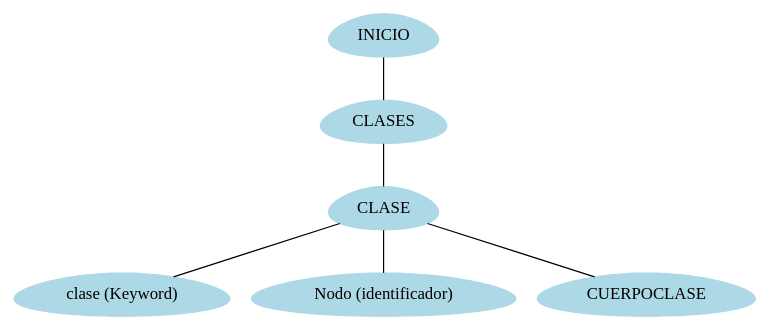
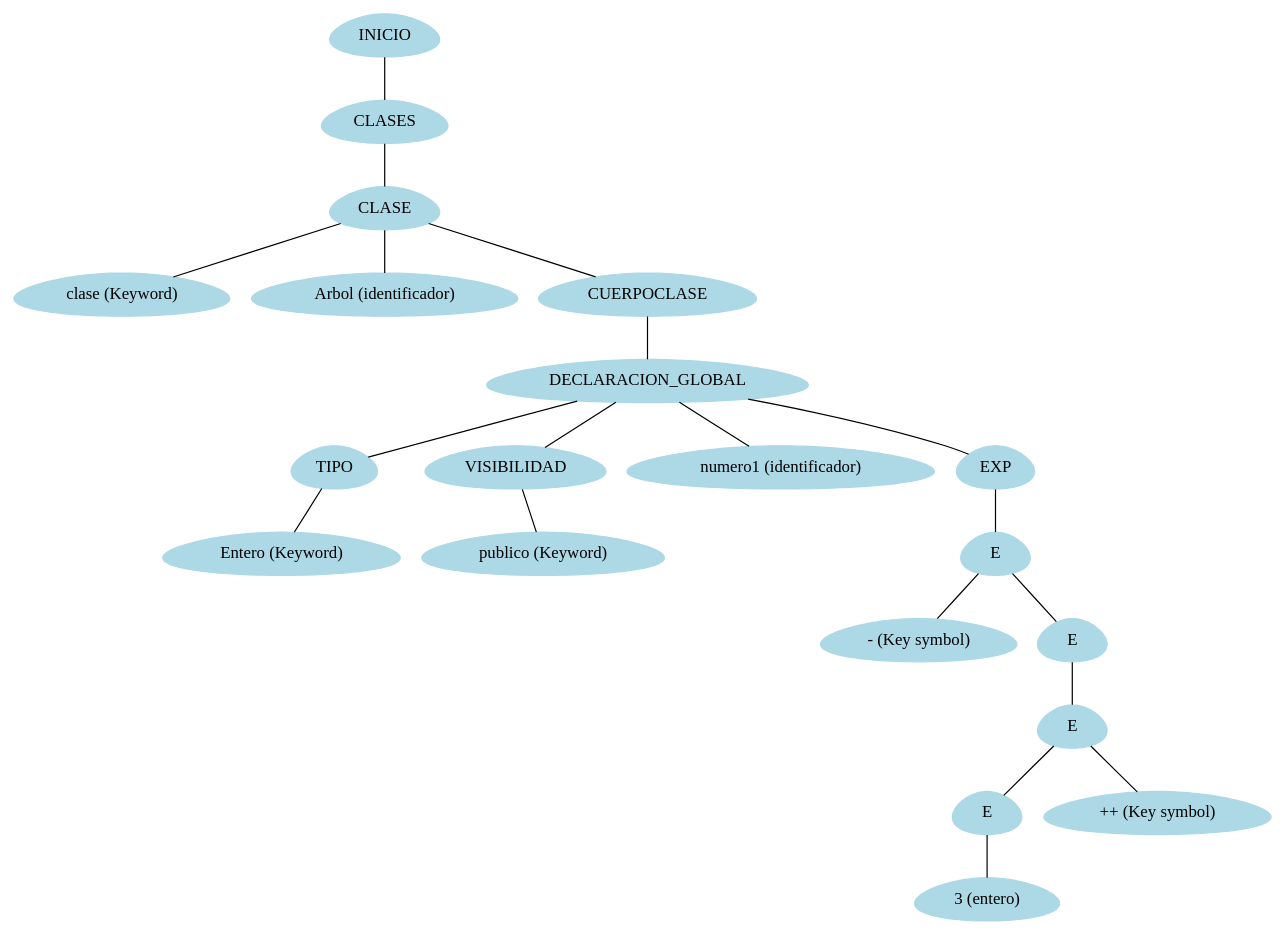
Before and after one commit to ricardcutzh/Proyecto1_Compiladores_2: the diagram in XForm_Interpreter/XForms/XForms/bin/Debug/Arbol.dot, drawn with Graphviz. The commit also changed 42 other files, not shown here.

```diff
--- a/XForm_Interpreter/XForms/XForms/bin/Debug/Arbol.dot
+++ b/XForm_Interpreter/XForms/XForms/bin/Debug/Arbol.dot
@@ -1,1 +1,1 @@
-Graph G {node [shape = egg];node0[label = "INICIO", style = filled, color = lightblue];node1[label = "CLASES", style = filled, color = lightblue];node2[label = "CLASE", style = filled, color = lightblue];node3[label = "clase (Keyword)", style = filled, color = lightblue];node4[label = "Nodo (identificador)", style = filled, color = lightblue];node5[label = "CUERPOCLASE", style = filled, color = lightblue];"node0"--"node1""node1"--"node2""node2"--"node3""node2"--"node4""node2"--"node5"}
+Graph G {node [shape = egg];node0[label = "INICIO", style = filled, color = lightblue];node1[label = "CLASES", style = filled, color = lightblue];node2[label = "CLASE", style = filled, color = lightblue];node3[label = "clase (Keyword)", style = filled, color = lightblue];node4[label = "Arbol (identificador)", style = filled, color = lightblue];node5[label = "CUERPOCLASE", style = filled, color = lightblue];node6[label = "DECLARACION_GLOBAL", style = filled, color = lightblue];node7[label = "TIPO", style = filled, color = lightblue];node8[label = "Entero (Keyword)", style = filled, color = lightblue];node9[label = "VISIBILIDAD", style = filled, color = lightblue];node10[label = "publico (Keyword)", style = filled, color = lightblue];node11[label = "numero1 (identificador)", style = filled, color = lightblue];node12[label = "EXP", style = filled, color = lightblue];node13[label = "E", style = filled, color = lightblue];node14[label = "- (Key symbol)", style = filled, color = lightblue];node15[label = "E", style = filled, color = lightblue];node16[label = "E", style = filled, color = lightblue];node17[label = "E", style = filled, color = lightblue];node18[label = "3 (entero)", style = filled, color = lightblue];node19[label = "++ (Key symbol)", style = filled, color = lightblue];"node0"--"node1""node1"--"node2""node2"--"node3""node2"--"node4""node2"--"node5""node5"--"node6""node6"--"node7""node7"--"node8""node6"--"node9""node9"--"node10""node6"--"node11""node6"--"node12""node12"--"node13""node13"--"node14""node13"--"node15""node15"--"node16""node16"--"node17""node17"--"node18""node16"--"node19"}
```
